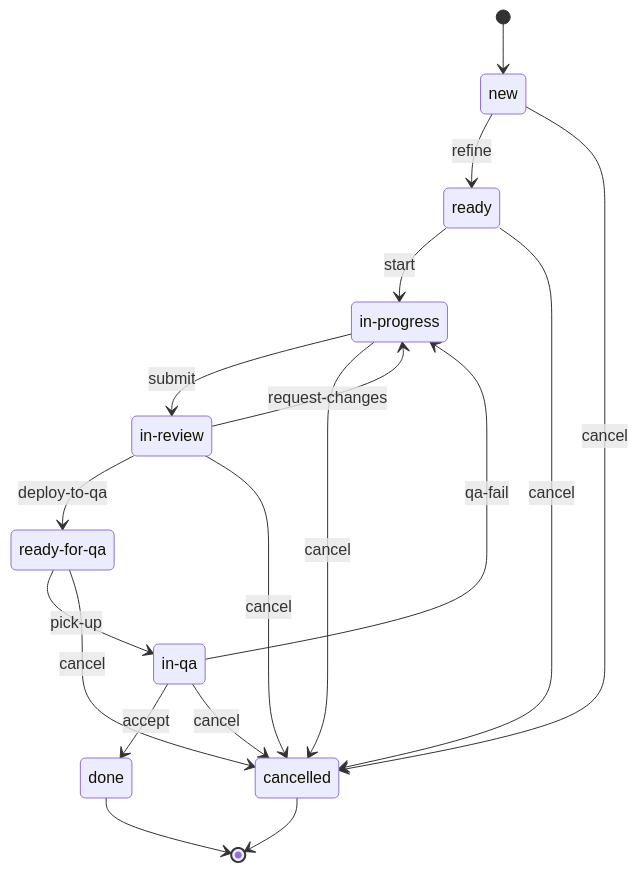
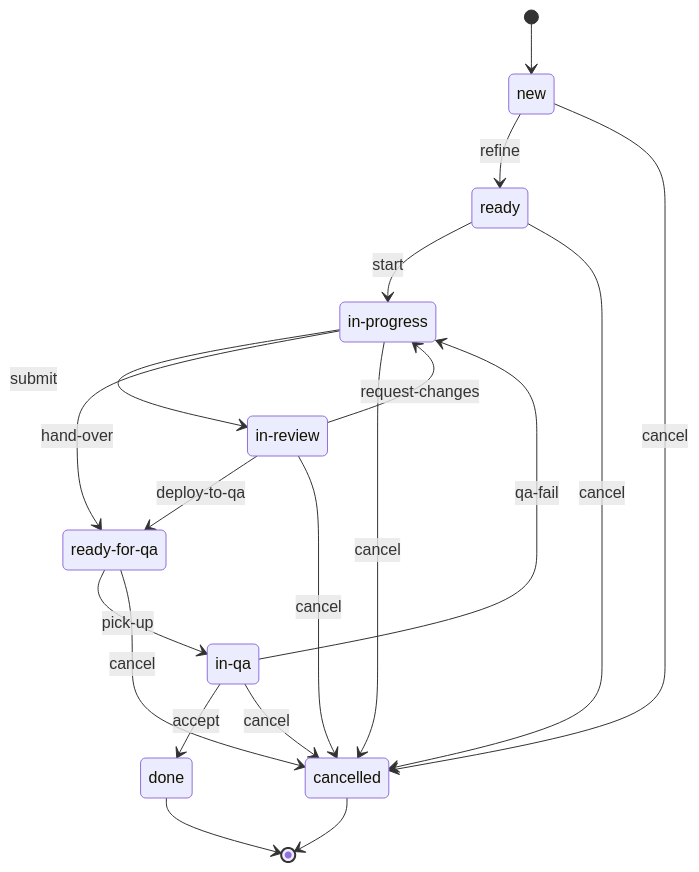
One commit to TungPH7/shop changed the first of 3 diagrams in .ai-orchestrator/docs/sdlc.md. Above: the diagram before and after it, drawn with Mermaid. The commit also changed other lines of this file and 44 other files, not shown here.

````diff
--- a/.ai-orchestrator/docs/sdlc.md
+++ b/.ai-orchestrator/docs/sdlc.md
@@ -93,28 +93,29 @@
 ```mermaid
 stateDiagram-v2
     state "new" as new
     state "ready" as ready
     state "in-progress" as in_progress
     state "in-review" as in_review
     state "ready-for-qa" as ready_for_qa
     state "in-qa" as in_qa
     state "done" as done
     state "cancelled" as cancelled
     [*] --> new
     new --> ready: refine
     ready --> in_progress: start
     in_progress --> in_review: submit
+    in_progress --> ready_for_qa: hand-over
     in_review --> in_progress: request-changes
     in_review --> ready_for_qa: deploy-to-qa
     ready_for_qa --> in_qa: pick-up
     in_qa --> in_progress: qa-fail
     in_qa --> done: accept
     new --> cancelled: cancel
     ready --> cancelled: cancel
     in_progress --> cancelled: cancel
     in_review --> cancelled: cancel
     ready_for_qa --> cancelled: cancel
     in_qa --> cancelled: cancel
     done --> [*]
     cancelled --> [*]
 ```
````
